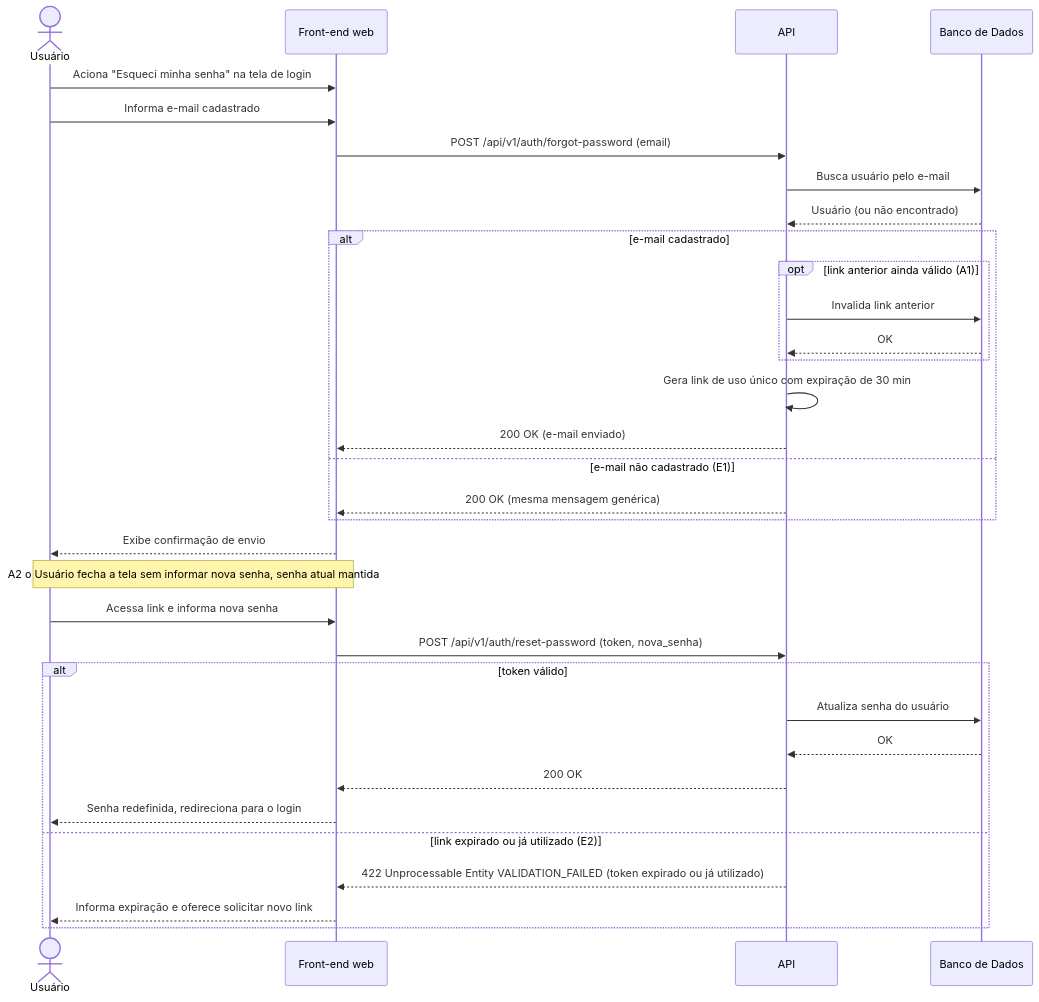
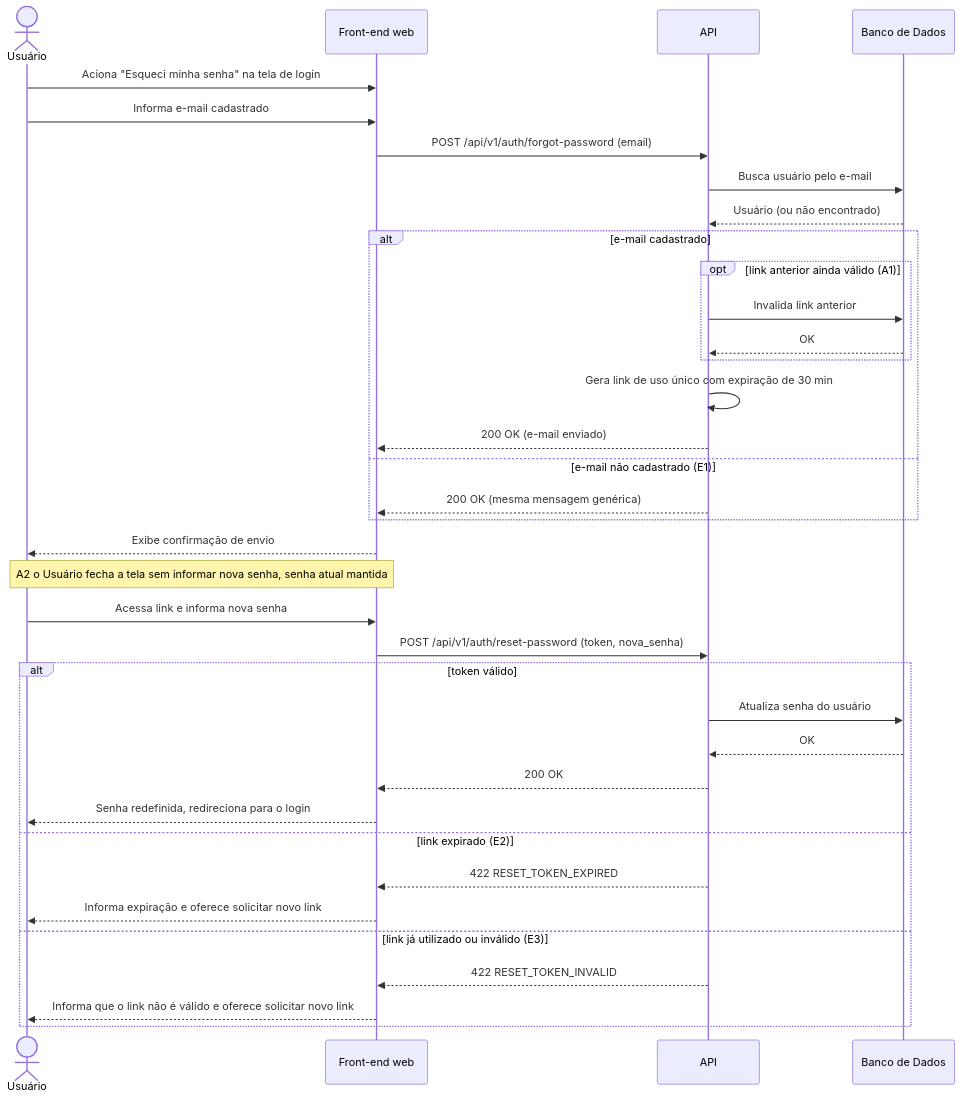
One commit to Plataforma-de-Cursos-TCC/plataforma-cursos-docs changed the diagram in docs/ssd/UC011-recuperar-senha.md. Above: the diagram before and after it, drawn with Mermaid. The commit also changed 2 other files, not shown here.

Commit message:
docs(tdd): map the API error codes and align the Area A flows
The error list only had the generic codes, so several use case flows had
no code to return. The TDD now carries a table with every code, its HTTP
status, when it applies and which use case flows use it, plus the rules
behind it: a stable code with the message translated to the user's
language, Retry-After on 429 and 503, and the same status and body on
the anti-enumeration answers.

New codes cover what the flows already needed: ACCOUNT_BLOCKED (403) for
a blocked account, RESET_TOKEN_EXPIRED and RESET_TOKEN_INVALID (422) for
the reset link, CONFLICT (409), PAYLOAD_TOO_LARGE (413) and
SERVICE_UNAVAILABLE (503). Forgot-password answers 200 with the same
message whether or not the e-mail exists, and a wrong current password
is a 422 on the field, never a 401, which the SPA would read as an
expired session. The login and reset SSDs follow the same codes. The
codes for areas B to D wait for each area to confirm.

````diff
--- a/docs/ssd/UC011-recuperar-senha.md
+++ b/docs/ssd/UC011-recuperar-senha.md
@@ -5,36 +5,39 @@
 ```mermaid
 sequenceDiagram
     actor Usuário
     participant FE as Front-end web
     participant API
     participant DB as Banco de Dados
 
     Usuário->>FE: Aciona "Esqueci minha senha" na tela de login
     Usuário->>FE: Informa e-mail cadastrado
     FE->>API: POST /api/v1/auth/forgot-password (email)
     API->>DB: Busca usuário pelo e-mail
     DB-->>API: Usuário (ou não encontrado)
     alt e-mail cadastrado
         opt link anterior ainda válido (A1)
             API->>DB: Invalida link anterior
             DB-->>API: OK
         end
         API->>API: Gera link de uso único com expiração de 30 min
         API-->>FE: 200 OK (e-mail enviado)
     else e-mail não cadastrado (E1)
         API-->>FE: 200 OK (mesma mensagem genérica)
     end
     FE-->>Usuário: Exibe confirmação de envio
     Note over Usuário,FE: A2 o Usuário fecha a tela sem informar nova senha, senha atual mantida
     Usuário->>FE: Acessa link e informa nova senha
     FE->>API: POST /api/v1/auth/reset-password (token, nova_senha)
     alt token válido
         API->>DB: Atualiza senha do usuário
         DB-->>API: OK
         API-->>FE: 200 OK
         FE-->>Usuário: Senha redefinida, redireciona para o login
-    else link expirado ou já utilizado (E2)
-        API-->>FE: 422 Unprocessable Entity VALIDATION_FAILED (token expirado ou já utilizado)
+    else link expirado (E2)
+        API-->>FE: 422 RESET_TOKEN_EXPIRED
         FE-->>Usuário: Informa expiração e oferece solicitar novo link
+    else link já utilizado ou inválido (E3)
+        API-->>FE: 422 RESET_TOKEN_INVALID
+        FE-->>Usuário: Informa que o link não é válido e oferece solicitar novo link
     end
 ```
````
